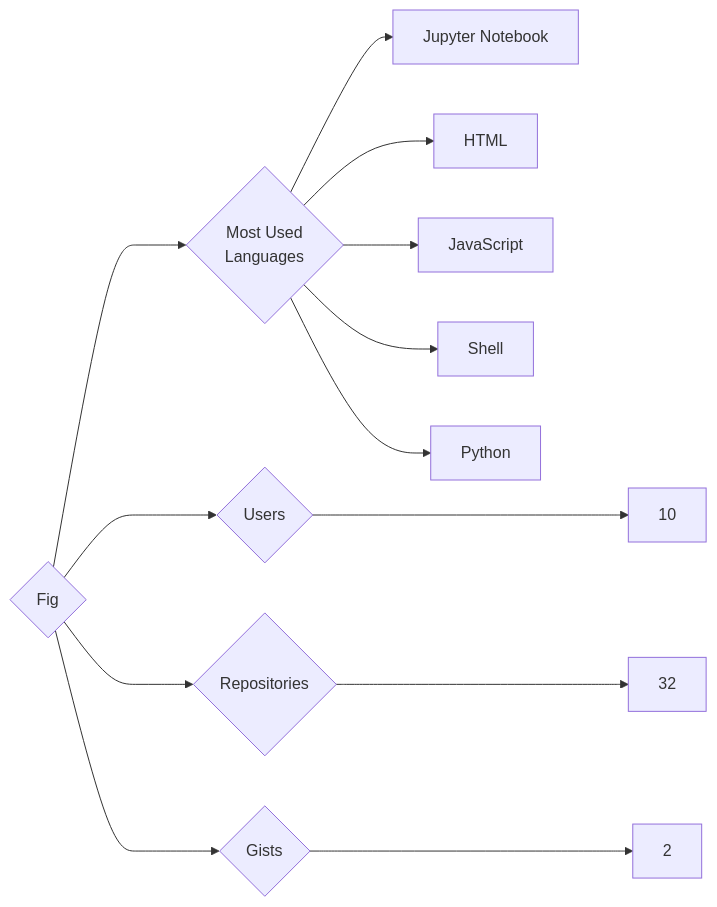
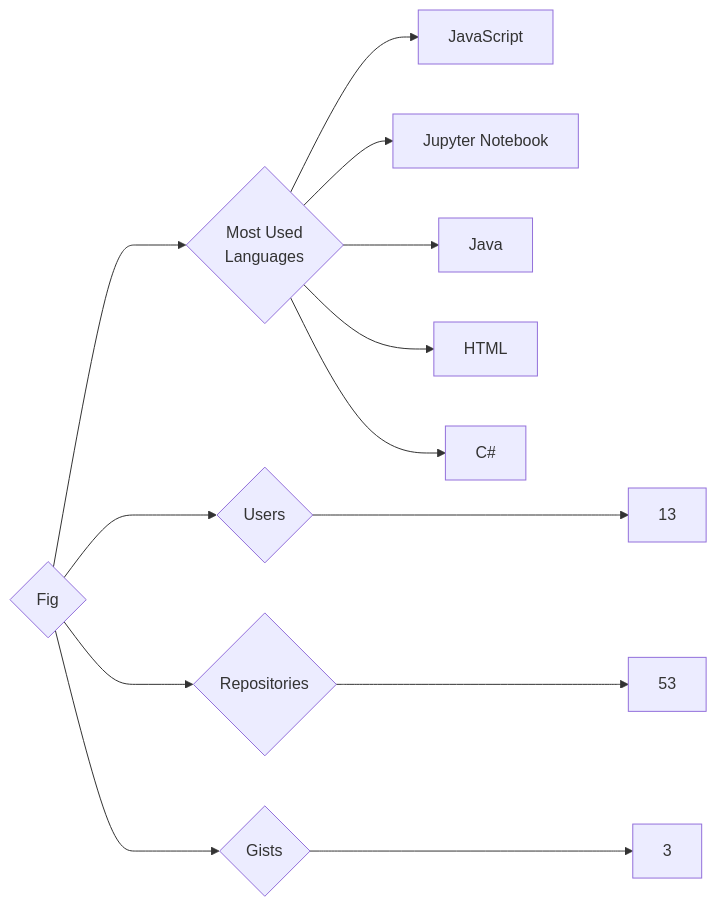
The diagram in targets/Fig/README.md (trickest/insiders), drawn with Mermaid before and after one commit. The commit also changed 782 other files, not shown here.

````diff
--- a/targets/Fig/README.md
+++ b/targets/Fig/README.md
@@ -3,13 +3,13 @@
 ```mermaid
 graph LR
 COMPANY_NAME{Fig}
-COMPANY_NAME ---> U{Users} ---> UN[10]
-COMPANY_NAME ---> R{Repositories} ---> RN[32]
-COMPANY_NAME ---> G{Gists} ---> GN[2]
+COMPANY_NAME ---> U{Users} ---> UN[13]
+COMPANY_NAME ---> R{Repositories} ---> RN[53]
+COMPANY_NAME ---> G{Gists} ---> GN[3]
 COMPANY_NAME ---> ML{Most Used<br>Languages}
+ML --> JavaScript[JavaScript]
 ML --> Jupyter_Notebook[Jupyter Notebook]
+ML --> Java[Java]
 ML --> HTML[HTML]
-ML --> JavaScript[JavaScript]
-ML --> Shell[Shell]
-ML --> Python[Python]
+ML --> C#[C#]
 ```
````
